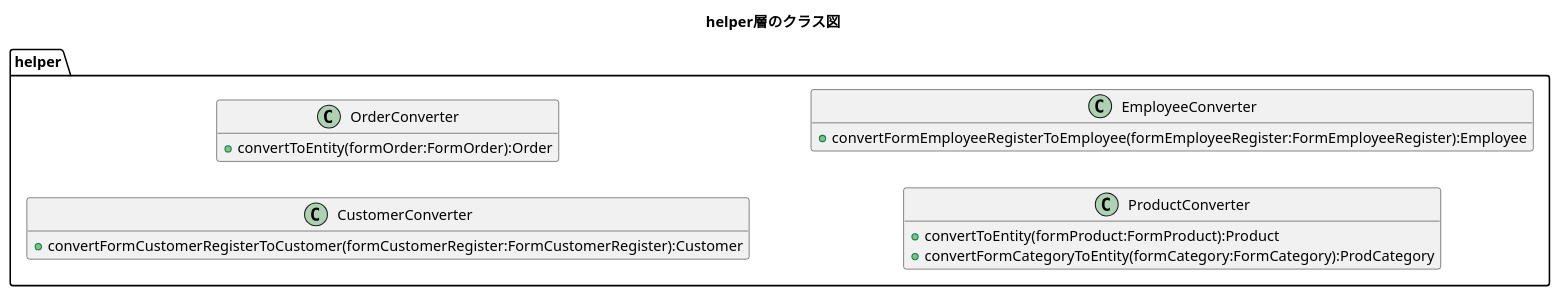
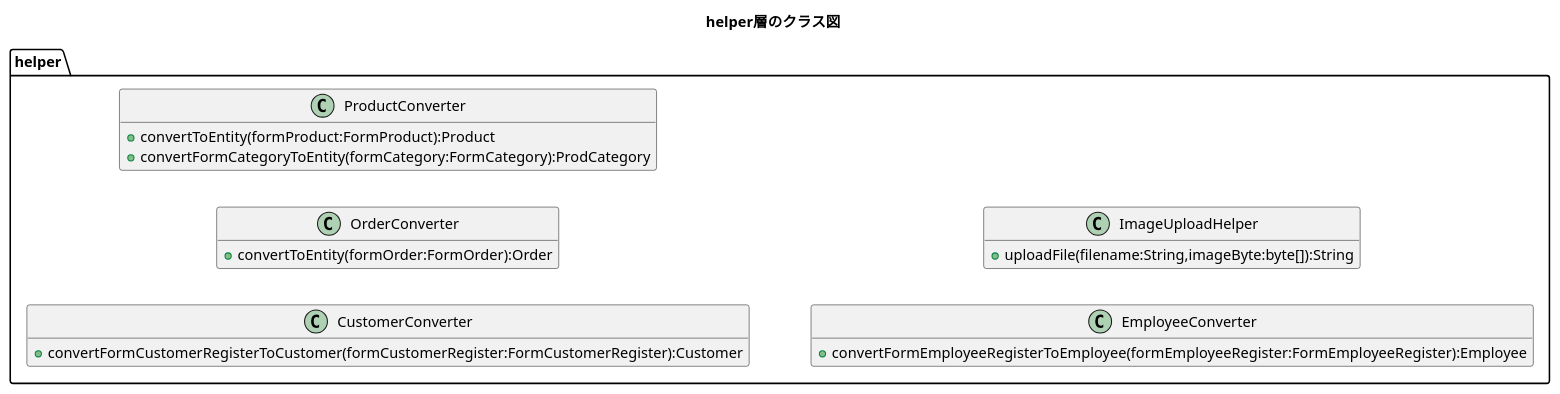
The diagram in plan/uml/class/helper.plantuml (kanavii3333/ec-b), drawn with PlantUML before and after one commit. The commit also changed 1 other file, not shown here.

Commit message:
クラス図修正

```diff
--- a/plan/uml/class/helper.plantuml
+++ b/plan/uml/class/helper.plantuml
@@ -1,24 +1,28 @@
 @startuml
 title helper層のクラス図
 hide empty members
 left to right direction
 
 package helper{
     class CustomerConverter{
         +convertFormCustomerRegisterToCustomer(formCustomerRegister:FormCustomerRegister):Customer
     }
 
     class OrderConverter{
         +convertToEntity(formOrder:FormOrder):Order
     }
 
     class ProductConverter{
         +convertToEntity(formProduct:FormProduct):Product
         +convertFormCategoryToEntity(formCategory:FormCategory):ProdCategory
     }
 
     class EmployeeConverter{
         +convertFormEmployeeRegisterToEmployee(formEmployeeRegister:FormEmployeeRegister):Employee
     }
+    
+    class ImageUploadHelper{
+    	+uploadFile(filename:String,imageByte:byte[]):String
+    }
 }
 @enduml
```
